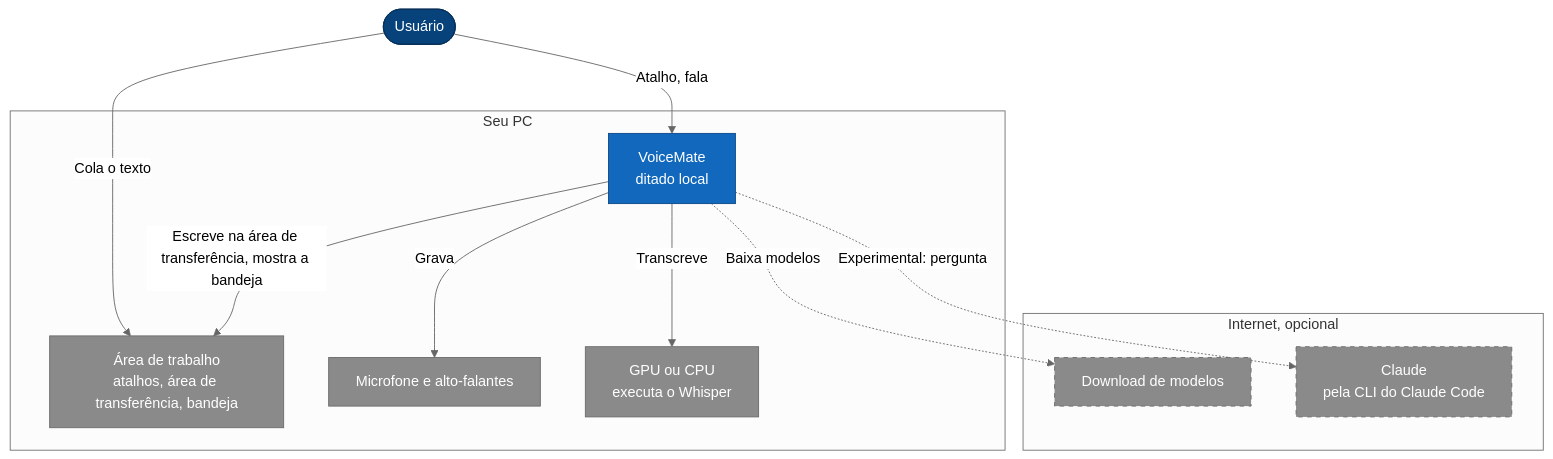
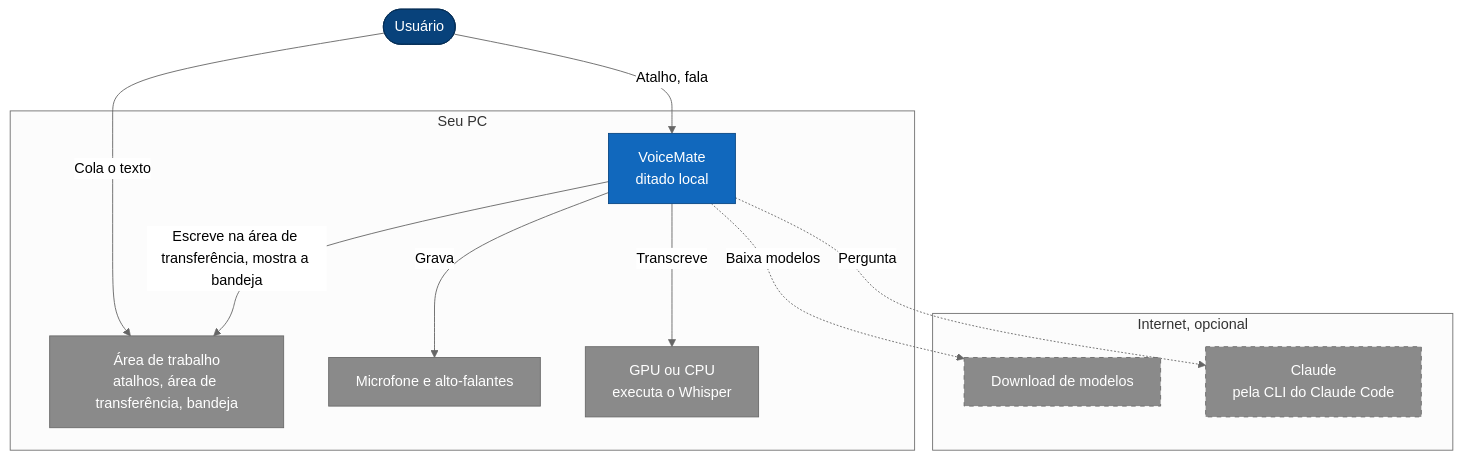
One commit to nano-br/voice-mate changed the first of 6 diagrams in README.pt-BR.md. Above: the diagram before and after it, drawn with Mermaid (neutral theme). The commit also changed other lines of this file and 12 other files, not shown here.

````diff
--- a/README.pt-BR.md
+++ b/README.pt-BR.md
@@ -190,36 +200,36 @@
 ```mermaid
 flowchart TB
     user(["Usuário"])
     subgraph pc["Seu PC"]
         vm["VoiceMate<br/>ditado local"]
         desk["Área de trabalho<br/>atalhos, área de transferência, bandeja"]
         audio["Microfone e alto-falantes"]
         gpu["GPU ou CPU<br/>executa o Whisper"]
     end
     subgraph net["Internet, opcional"]
         hub["Download de modelos"]
         claude["Claude<br/>pela CLI do Claude Code"]
     end
     user -->|"Atalho, fala"| vm
     user -->|"Cola o texto"| desk
     vm -->|"Escreve na área de transferência, mostra a bandeja"| desk
     vm -->|"Grava"| audio
     vm -->|"Transcreve"| gpu
     vm -.->|"Baixa modelos"| hub
-    vm -.->|"Experimental: pergunta"| claude
+    vm -.->|"Pergunta"| claude
 
     classDef person fill:#08427b,stroke:#052e56,color:#ffffff
     classDef system fill:#1168bd,stroke:#0b4884,color:#ffffff
     classDef container fill:#438dd5,stroke:#2e6295,color:#ffffff
     classDef component fill:#85bbf0,stroke:#5d82a8,color:#000000
     classDef store fill:#00838f,stroke:#005f66,color:#ffffff
     classDef external fill:#8a8a8a,stroke:#6b6b6b,color:#ffffff
     classDef optional fill:#8a8a8a,stroke:#6b6b6b,color:#ffffff,stroke-dasharray:5 5
     classDef ok fill:#2e7d32,stroke:#1b5e20,color:#ffffff
     classDef warn fill:#f9a825,stroke:#c17900,color:#000000
     classDef bad fill:#c0392b,stroke:#922b21,color:#ffffff
     class user person
     class vm system
     class desk,audio,gpu external
     class hub,claude optional
 ```
````
